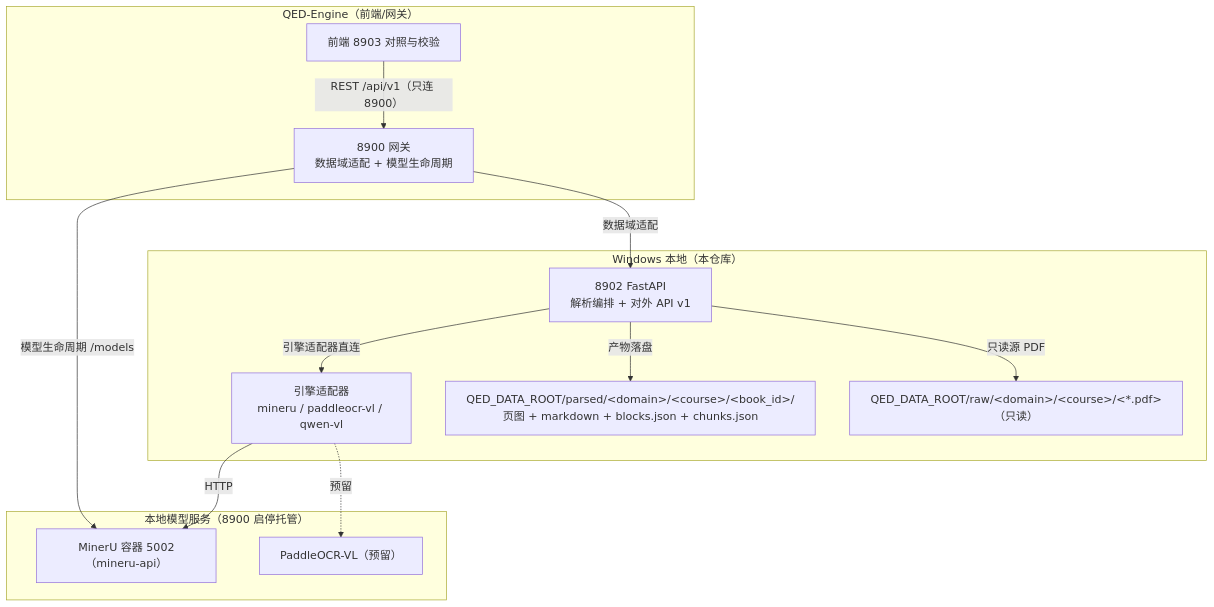
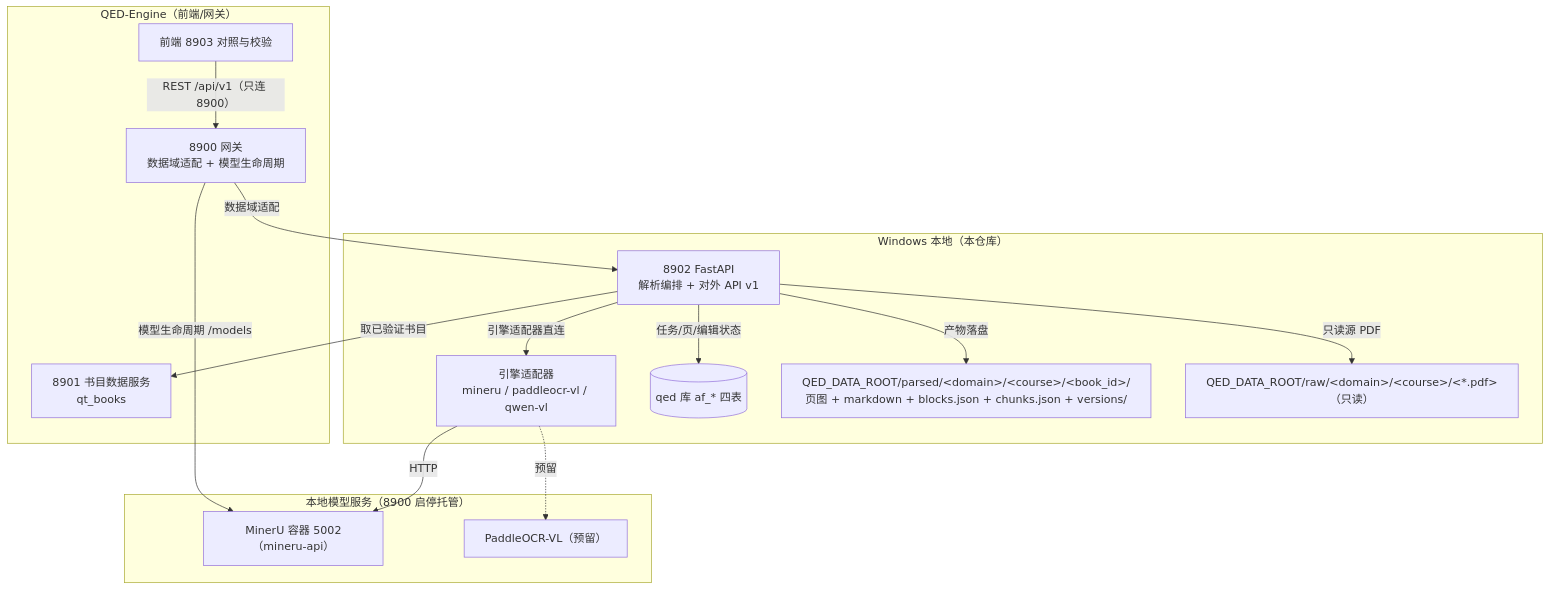
One commit to swfswf1234/Axiom-Flow changed the diagram in docs/architecture/overview.md. Above: the diagram before and after it, drawn with Mermaid. The commit also changed other lines of this file and 21 other files, not shown here.

````diff
--- a/docs/architecture/overview.md
+++ b/docs/architecture/overview.md
@@ -21,26 +74,30 @@
 ```mermaid
 flowchart TB
     subgraph QED["QED-Engine（前端/网关）"]
         UI["前端 8903 对照与校验"]
         GW["8900 网关<br/>数据域适配 + 模型生命周期"]
+        BOOK["8901 书目数据服务<br/>qt_books"]
     end
     subgraph WIN["Windows 本地（本仓库）"]
         API["8902 FastAPI<br/>解析编排 + 对外 API v1"]
         ENG["引擎适配器<br/>mineru / paddleocr-vl / qwen-vl"]
-        DATA["QED_DATA_ROOT/parsed/&lt;domain&gt;/&lt;course&gt;/&lt;book_id&gt;/<br/>页图 + markdown + blocks.json + chunks.json"]
+        DB[("qed 库 af_* 四表")]
+        DATA["QED_DATA_ROOT/parsed/&lt;domain&gt;/&lt;course&gt;/&lt;book_id&gt;/<br/>页图 + markdown + blocks.json + chunks.json + versions/"]
         RAW["QED_DATA_ROOT/raw/&lt;domain&gt;/&lt;course&gt;/&lt;*.pdf&gt;（只读）"]
     end
     subgraph MODELS["本地模型服务（8900 启停托管）"]
         MA["MinerU 容器 5002（mineru-api）"]
         PV["PaddleOCR-VL（预留）"]
     end
 
     UI -->|"REST /api/v1（只连 8900）"| GW
     GW -->|"数据域适配"| API
     GW -->|"模型生命周期 /models"| MA
+    API -->|"取已验证书目"| BOOK
     API -->|"引擎适配器直连"| ENG
     ENG -->|"HTTP"| MA
     ENG -.->|"预留"| PV
+    API -->|"任务/页/编辑状态"| DB
     API -->|"只读源 PDF"| RAW
     API -->|"产物落盘"| DATA
 ```
````
